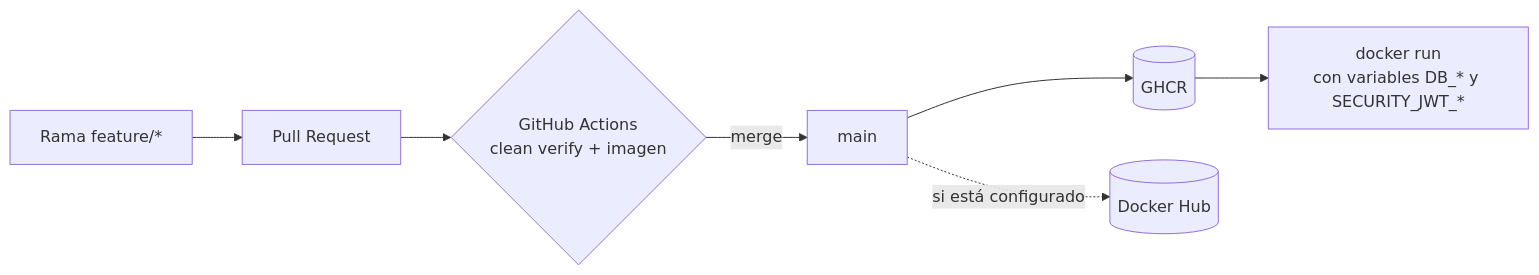
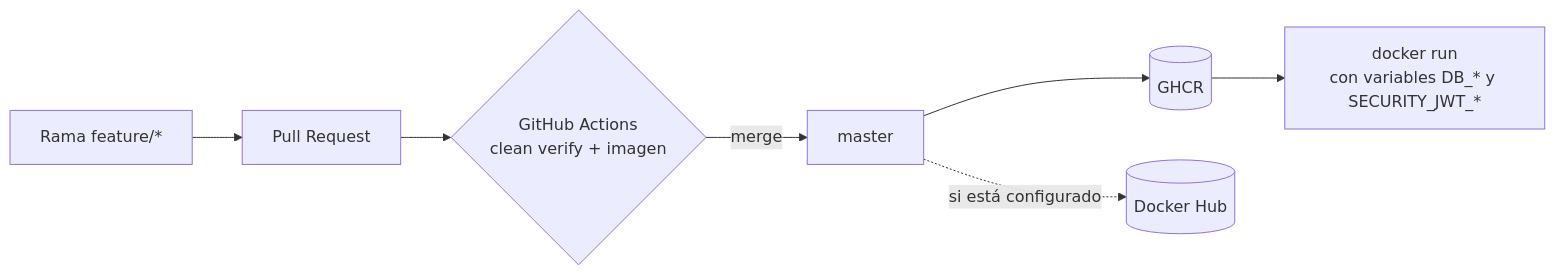
The third of 22 diagrams in docs/guides/arquitectura.md (christophersanz/AI-CICD), drawn with Mermaid before and after one commit. The commit also changed 11 other files, not shown here.

````diff
--- a/docs/guides/arquitectura.md
+++ b/docs/guides/arquitectura.md
@@ -68,9 +68,9 @@
 ```mermaid
 flowchart LR
     DEV[Rama feature/*] --> PR[Pull Request]
     PR --> CI{GitHub Actions<br/>clean verify + imagen}
-    CI -->|merge| MAIN[main]
+    CI -->|merge| MAIN[master]
     MAIN --> GHCR[(GHCR)]
     MAIN -.->|si está configurado| DH[(Docker Hub)]
     GHCR --> RUN[docker run<br/>con variables DB_* y SECURITY_JWT_*]
 ```
````
